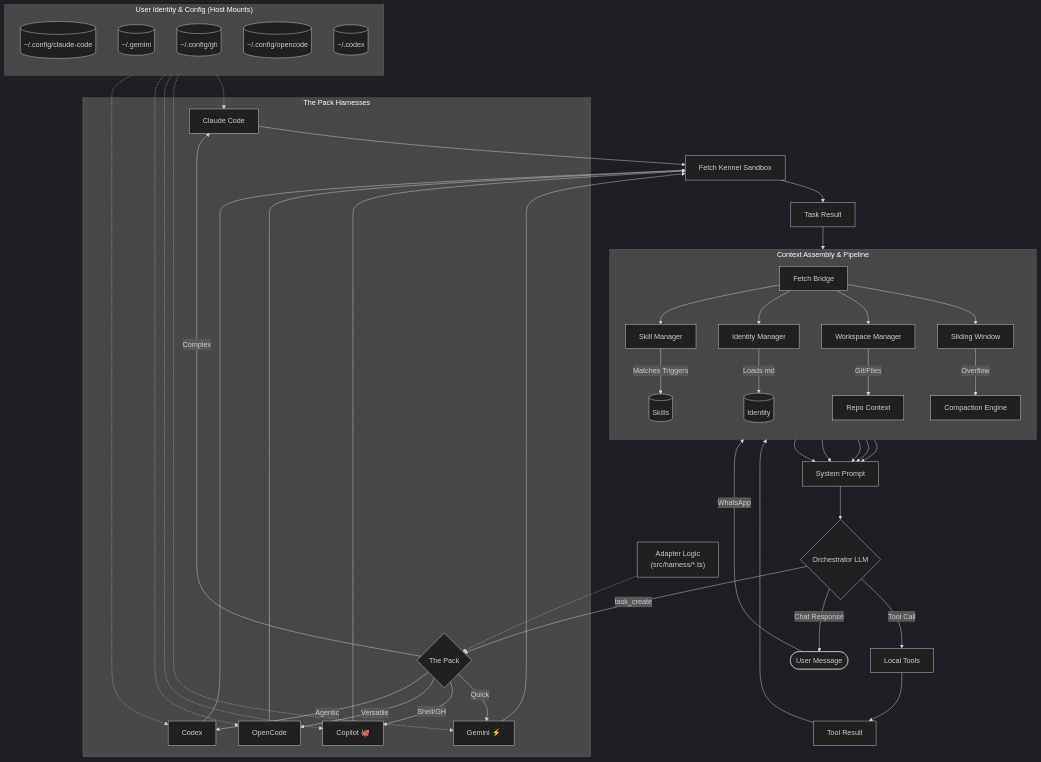
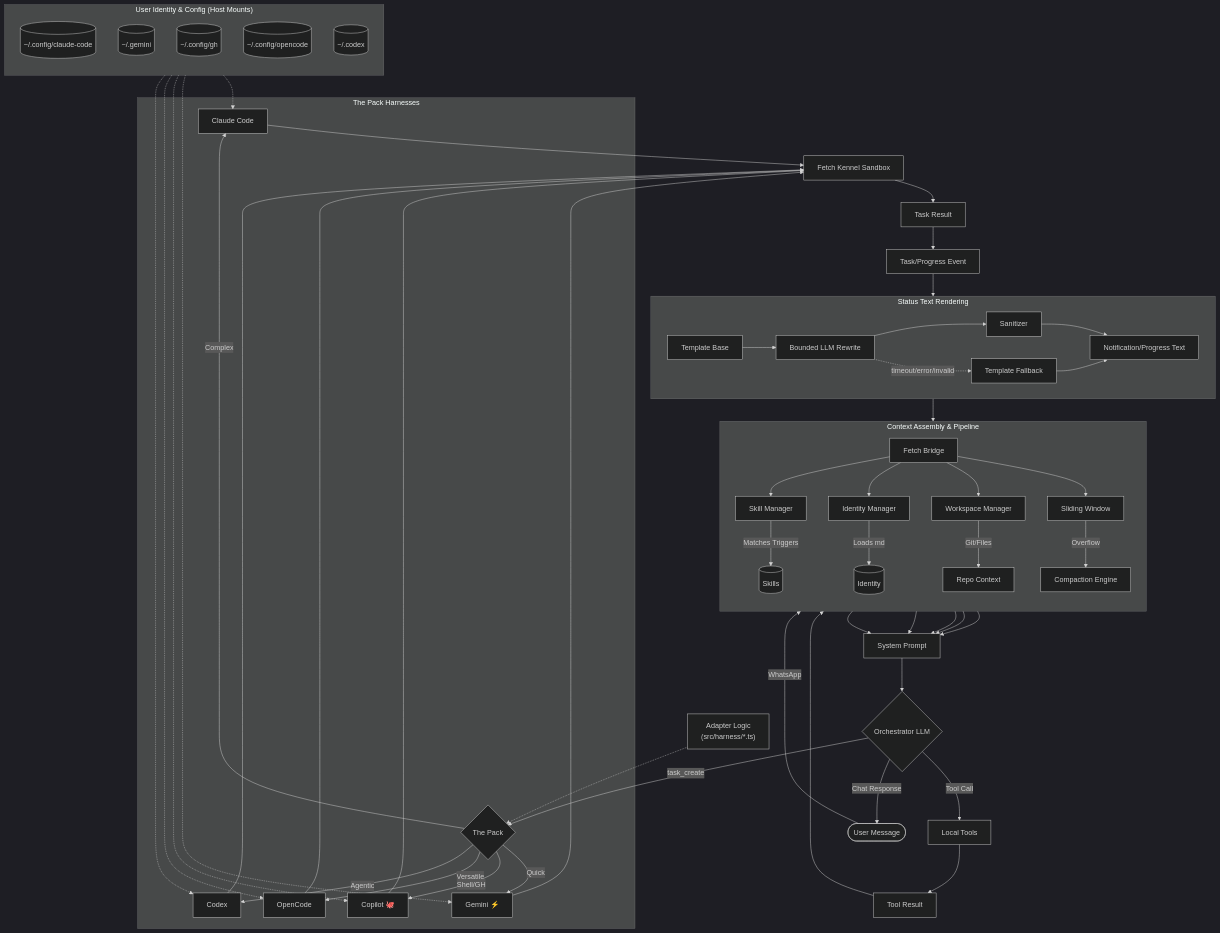
Before and after one commit to Traves-Theberge/Fetch: the second of 4 diagrams in docs/markdown/ARCHITECTURE.md, drawn with Mermaid (dark theme). The commit also changed other lines of this file and 101 other files, not shown here.

```diff
--- a/docs/markdown/ARCHITECTURE.md
+++ b/docs/markdown/ARCHITECTURE.md
@@ -106,7 +106,20 @@
 
     %% Result Loop
     Sandbox --> TaskResult[Task Result]
-    TaskResult --> Bridge
+    TaskResult --> StatusEvent[Task/Progress Event]
+
+    %% Status text rendering (bounded rewrite path)
+    subgraph Status_Rendering [Status Text Rendering]
+        direction LR
+        Tpl[Template Base] --> Rewrite[Bounded LLM Rewrite]
+        Rewrite --> Sanitize[Sanitizer]
+        Sanitize --> OutText[Notification/Progress Text]
+        Rewrite -.timeout/error/invalid.-> TplFallback[Template Fallback]
+        TplFallback --> OutText
+    end
+
+    StatusEvent --> Tpl
+    OutText --> Bridge
 
     %% Configuration & Identity (Host Mounts)
     subgraph HostConfig ["User Identity & Config (Host Mounts)"]
```
